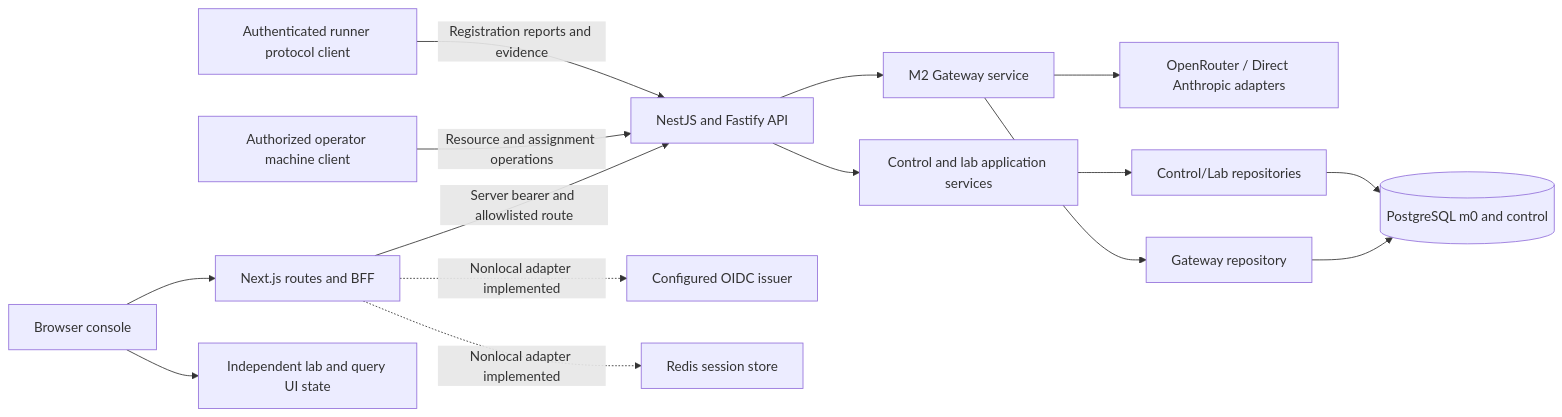
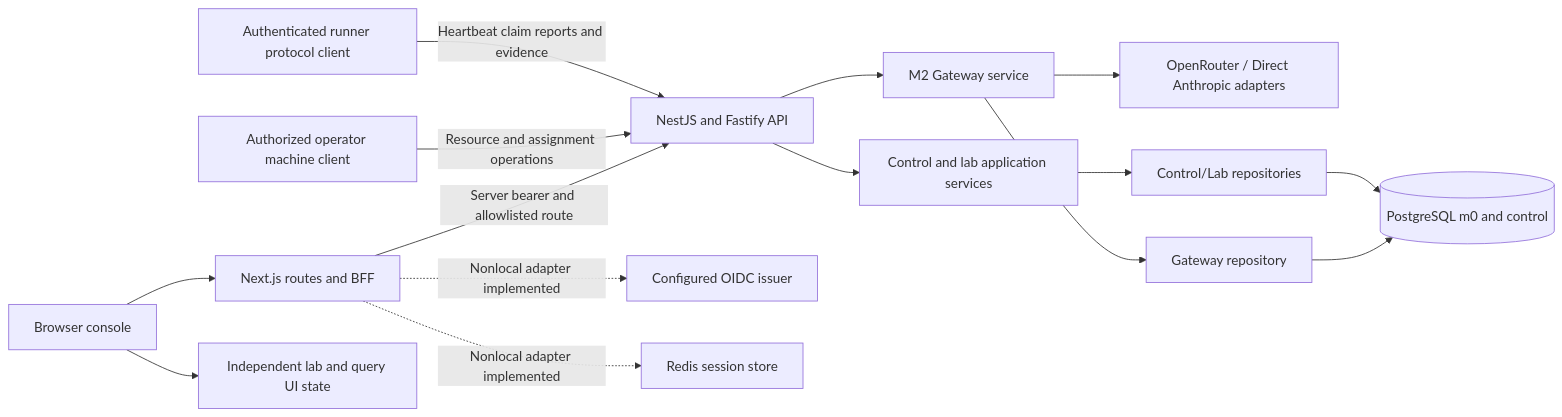
Before and after one commit to anshacerbia2/ai-runtime-platform: the first of 6 diagrams in docs/diagrams/10-implemented-contracts.md, drawn with Mermaid. The commit also changed other lines of this file and 37 other files, not shown here.

````diff
--- a/docs/diagrams/10-implemented-contracts.md
+++ b/docs/diagrams/10-implemented-contracts.md
@@ -7,17 +7,17 @@
 ```mermaid
 flowchart LR
     B[Browser console] --> N[Next.js routes and BFF]
     N -->|Server bearer and allowlisted route| A[NestJS and Fastify API]
     A --> M[Control and lab application services]
     A --> G[M2 Gateway service]
     G --> P[OpenRouter / Direct Anthropic adapters]
     G --> R[Gateway repository]
     M --> R2[Control/Lab repositories]
     R --> PG[(PostgreSQL m0 and control)]
     R2 --> PG
     O[Authorized operator machine client] -->|Resource and assignment operations| A
-    W[Authenticated runner protocol client] -->|Registration reports and evidence| A
+    W[Authenticated runner protocol client] -->|Heartbeat claim reports and evidence| A
     N -.->|Nonlocal adapter implemented| IDP[Configured OIDC issuer]
     N -.->|Nonlocal adapter implemented| S[Redis session store]
     B --> U[Independent lab and query UI state]
 ```
````
